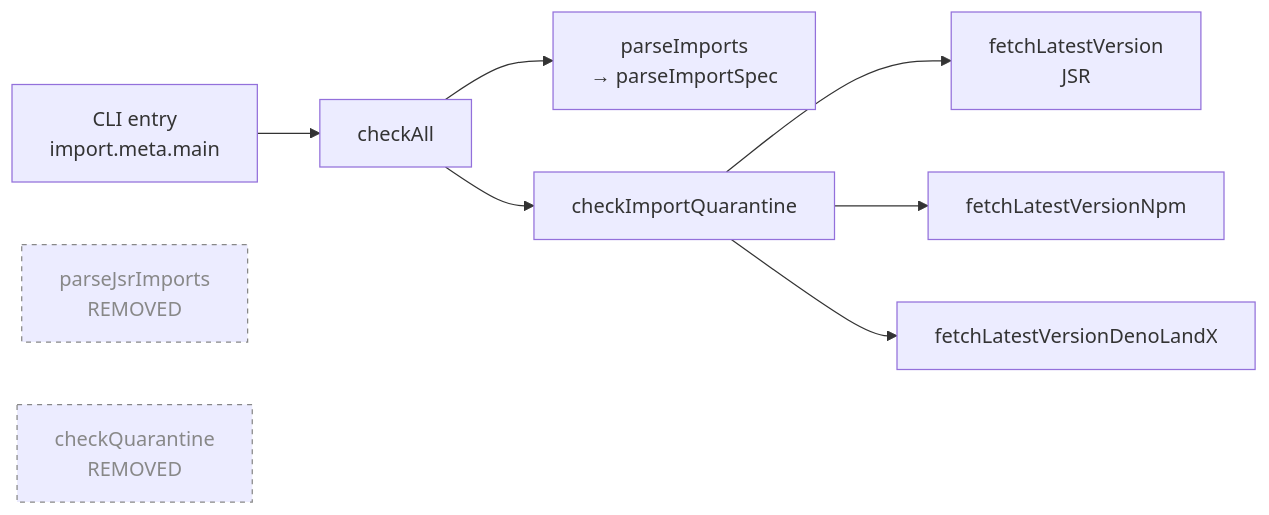
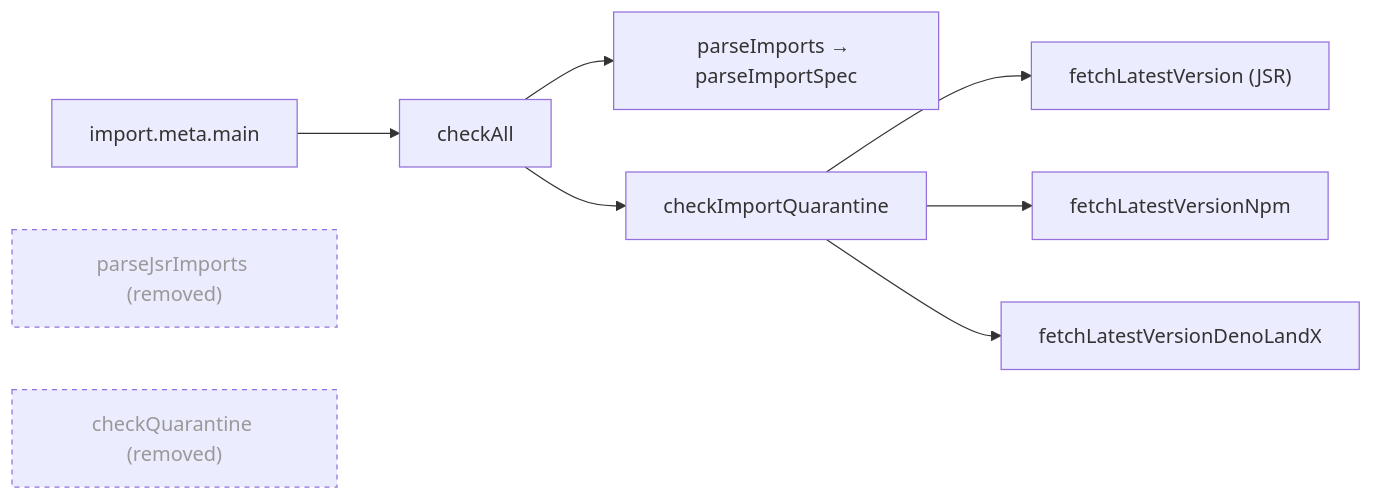
One commit to stSoftwareAU/NEAT-AI-Explore changed the diagram in docs/archive/pr-summaries/pr-summary-592.md. Above: the diagram before and after it, drawn with Mermaid. The commit also changed other lines of this file, not shown here.

````diff
--- a/docs/archive/pr-summaries/pr-summary-592.md
+++ b/docs/archive/pr-summaries/pr-summary-592.md
@@ -17,12 +20,12 @@
 ```mermaid
 flowchart LR
-    CLI["CLI entry\nimport.meta.main"] --> CA["checkAll"]
-    CA --> PI["parseImports\n→ parseImportSpec"]
+    CLI["import.meta.main"] --> CA["checkAll"]
+    CA --> PI["parseImports → parseImportSpec"]
     CA --> CIQ["checkImportQuarantine"]
-    CIQ --> J["fetchLatestVersion\nJSR"]
+    CIQ --> J["fetchLatestVersion (JSR)"]
     CIQ --> N["fetchLatestVersionNpm"]
     CIQ --> D["fetchLatestVersionDenoLandX"]
-    PJI["parseJsrImports\nREMOVED"]:::gone
-    CQ["checkQuarantine\nREMOVED"]:::gone
-    classDef gone stroke-dasharray: 4 4,color:#888,stroke:#888
+    PJI["parseJsrImports (removed)"]:::dead
+    CQ["checkQuarantine (removed)"]:::dead
+    classDef dead stroke-dasharray: 4 4,color:#999
 ```
````
